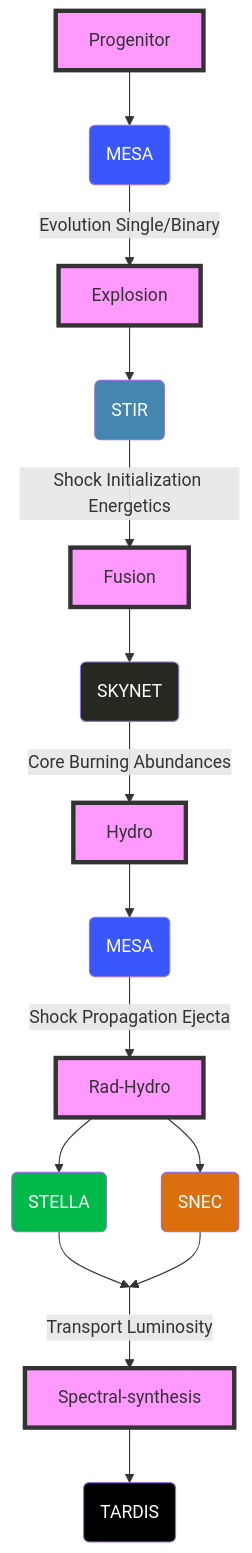
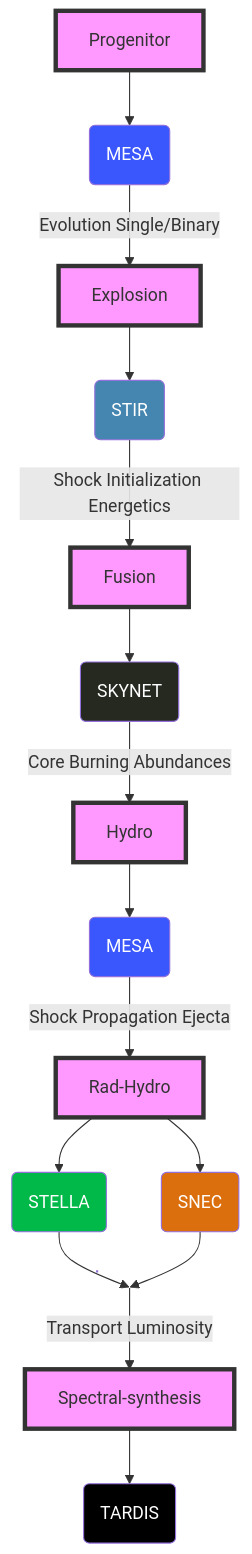
Before and after one commit to tardis-sn/connector25: the diagram in docs/index.md, drawn with Mermaid. The commit also changed 2 other files, not shown here.

Commit message:
add abiout, fix diagram

````diff
--- a/docs/index.md
+++ b/docs/index.md
@@ -5,41 +5,41 @@
 ```mermaid
 flowchart TD
     MESA(MESA)
     MESA2(MESA)
     STIR(STIR)
     SKYNET(SKYNET)
     STELLA(STELLA)
     SNEC(SNEC)
     TARDIS(TARDIS)
     EMPTY[ ]:::empty
 
     Progenitor --> MESA
     MESA -- Evolution Single/Binary --> Explosion
     Explosion --> STIR
     STIR -- Shock Initialization Energetics --> Fusion
     Fusion --> SKYNET
     SKYNET -- Core Burning Abundances --> Hydro
     Hydro --> MESA2
     MESA2 -- Shock Propagation Ejecta --> Rad-Hydro
     Rad-Hydro --> STELLA
     Rad-Hydro --> SNEC
     STELLA --> EMPTY
     SNEC --> EMPTY
     EMPTY -- Transport Luminosity --> Spectral-synthesis
     Spectral-synthesis --> TARDIS
 
     style Progenitor fill:#f9f,stroke:#333,stroke-width:4px
     style Explosion fill:#f9f,stroke:#333,stroke-width:4px
     style Fusion fill:#f9f,stroke:#333,stroke-width:4px
     style Hydro fill:#f9f,stroke:#333,stroke-width:4px
     style Rad-Hydro fill:#f9f,stroke:#333,stroke-width:4px
     style Spectral-synthesis fill:#f9f,stroke:#333,stroke-width:4px
     style MESA fill:#3a56fd,color:#fff
     style MESA2 fill:#3a56fd,color:#fff
     style STIR fill:#4586b0,color:#fff
     style SKYNET fill:#252920,color:#fff
     style STELLA fill:#00b948,color:#fff
     style SNEC fill:#db6e0d,color:#fff
     style TARDIS fill:#000,color:#fff
-    classDef empty width:1px,height:0px;
+    classDef empty width:1px,height:1px;
 ```
````
